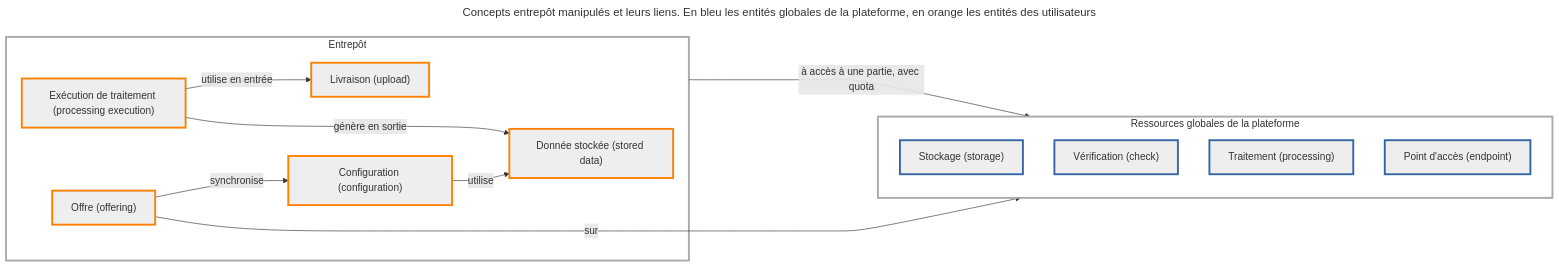
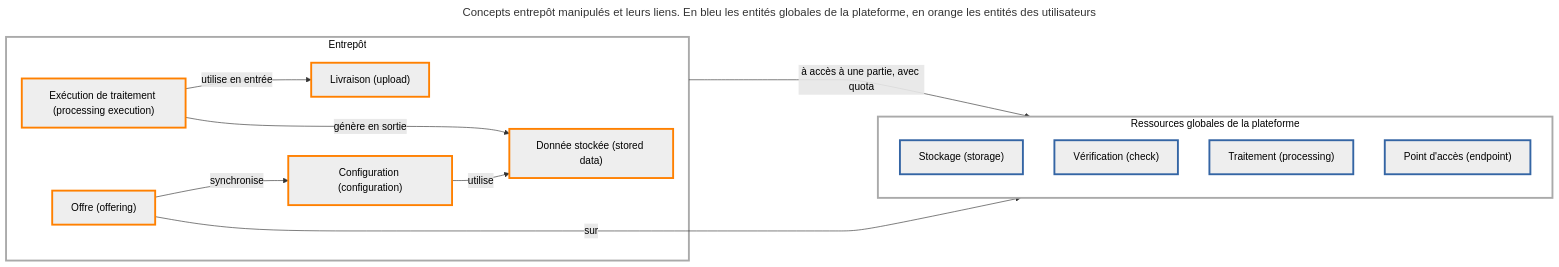
The second of 2 diagrams in content/fr/guides-developpeur/tutoriels/gestion-des-donnees-archives/alimentation-diffusion-archive.md (IGNF/cartes.gouv.fr-documentation), drawn with Mermaid before and after one commit. The commit also changed other lines of this file and 11 other files, not shown here.

````diff
--- a/content/fr/guides-developpeur/tutoriels/gestion-des-donnees-archives/alimentation-diffusion-archive.md
+++ b/content/fr/guides-developpeur/tutoriels/gestion-des-donnees-archives/alimentation-diffusion-archive.md
@@ -54,40 +54,47 @@
 ```mermaid
 ---
 title: Concepts entrepôt manipulés et leurs liens. En bleu les entités globales de la plateforme, en orange les entités des utilisateurs
 ---
 flowchart LR
 
 	subgraph glo[Ressources globales de la plateforme]
 
     direction TB
 
         sto["Stockage (storage)"]
         chec["Vérification (check)"]
         proc["Traitement (processing)"]
         endp["Point d'accès (endpoint)"]
     end
     
 	subgraph dat[Entrepôt]
         upl["Livraison (upload)"]
         exe["Exécution de traitement (processing execution)"]
         sd["Donnée stockée (stored data)"]
         con["Configuration (configuration)"]
         off["Offre (offering)"]
 	end
 
     dat -- à accès à une partie, avec quota ----> glo
 
     exe -- utilise en entrée --> upl
     exe -- génère en sortie --> sd
     con -- utilise --> sd
     off -- synchronise --> con
     off -- sur --> endp
 
-    classDef group fill:#fff,stroke:#aaa,stroke-width:3px;
-    classDef indiv fill:#eee,stroke:#ff8000,stroke-width:3px;
-	classDef global fill:#eee,stroke:#3465a4,stroke-width:3px;
+    classDef group fill:#fff,stroke:#aaa,stroke-width:3px,color:#000;
+    classDef indiv fill:#eee,stroke:#ff8000,stroke-width:3px,color:#000;
+	classDef global fill:#eee,stroke:#3465a4,stroke-width:3px,color:#000;
 
     class dat,glo group
     class upl,sd,exe,con,off indiv
     class sto,chec,proc,endp global
+
+    linkStyle 0 color:#000
+    linkStyle 1 color:#000
+    linkStyle 2 color:#000
+    linkStyle 3 color:#000
+    linkStyle 4 color:#000
+    linkStyle 5 color:#000
 ```
````
